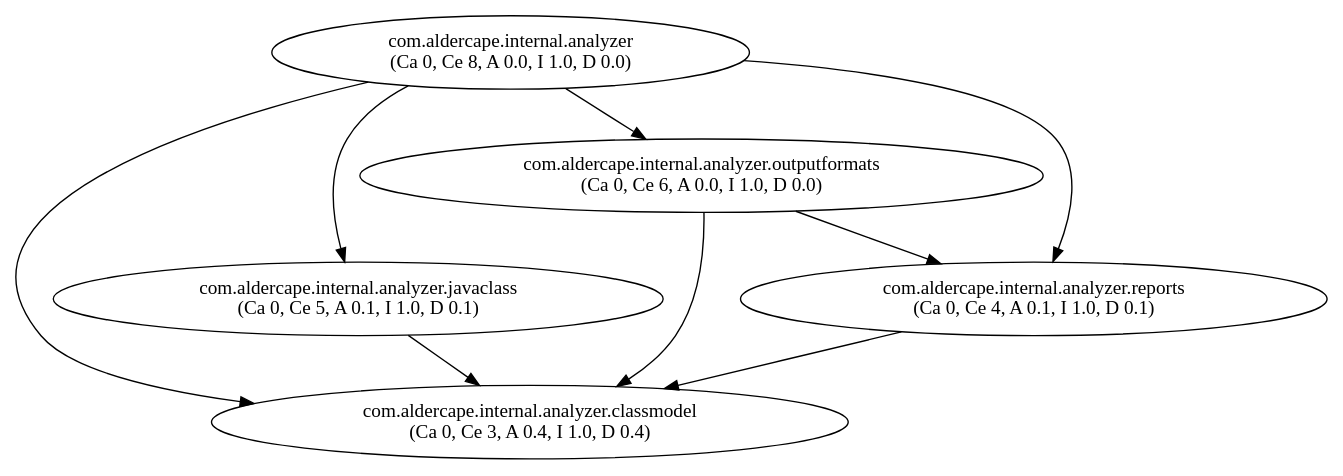
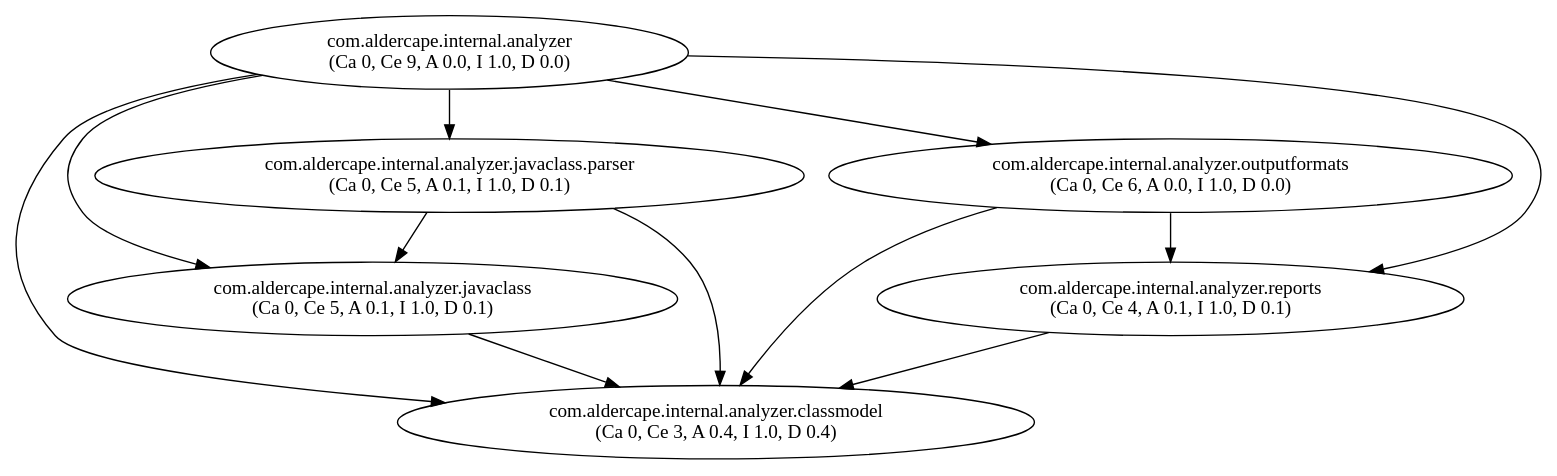
Before and after one commit to AlderCape/Analyzer: the diagram in project.dot, drawn with Graphviz. The commit also changed 22 other files, not shown here.

```diff
--- a/project.dot
+++ b/project.dot
@@ -1,15 +1,19 @@
 digraph G {
-"com.aldercape.internal.analyzer" [label="com.aldercape.internal.analyzer\n(Ca 0, Ce 8, A 0.0, I 1.0, D 0.0)"];
+"com.aldercape.internal.analyzer" [label="com.aldercape.internal.analyzer\n(Ca 0, Ce 9, A 0.0, I 1.0, D 0.0)"];
 "com.aldercape.internal.analyzer.classmodel" [label="com.aldercape.internal.analyzer.classmodel\n(Ca 0, Ce 3, A 0.4, I 1.0, D 0.4)"];
 "com.aldercape.internal.analyzer.javaclass" [label="com.aldercape.internal.analyzer.javaclass\n(Ca 0, Ce 5, A 0.1, I 1.0, D 0.1)"];
+"com.aldercape.internal.analyzer.javaclass.parser" [label="com.aldercape.internal.analyzer.javaclass.parser\n(Ca 0, Ce 5, A 0.1, I 1.0, D 0.1)"];
 "com.aldercape.internal.analyzer.outputformats" [label="com.aldercape.internal.analyzer.outputformats\n(Ca 0, Ce 6, A 0.0, I 1.0, D 0.0)"];
 "com.aldercape.internal.analyzer.reports" [label="com.aldercape.internal.analyzer.reports\n(Ca 0, Ce 4, A 0.1, I 1.0, D 0.1)"];
 "com.aldercape.internal.analyzer" -> "com.aldercape.internal.analyzer.classmodel";
 "com.aldercape.internal.analyzer" -> "com.aldercape.internal.analyzer.javaclass";
+"com.aldercape.internal.analyzer" -> "com.aldercape.internal.analyzer.javaclass.parser";
 "com.aldercape.internal.analyzer" -> "com.aldercape.internal.analyzer.outputformats";
 "com.aldercape.internal.analyzer" -> "com.aldercape.internal.analyzer.reports";
 "com.aldercape.internal.analyzer.javaclass" -> "com.aldercape.internal.analyzer.classmodel";
+"com.aldercape.internal.analyzer.javaclass.parser" -> "com.aldercape.internal.analyzer.classmodel";
+"com.aldercape.internal.analyzer.javaclass.parser" -> "com.aldercape.internal.analyzer.javaclass";
 "com.aldercape.internal.analyzer.outputformats" -> "com.aldercape.internal.analyzer.classmodel";
 "com.aldercape.internal.analyzer.outputformats" -> "com.aldercape.internal.analyzer.reports";
 "com.aldercape.internal.analyzer.reports" -> "com.aldercape.internal.analyzer.classmodel";
 }
```
